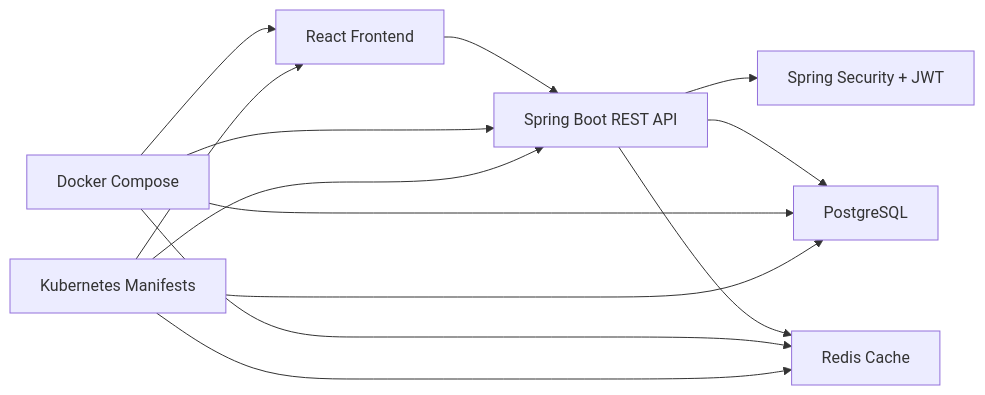
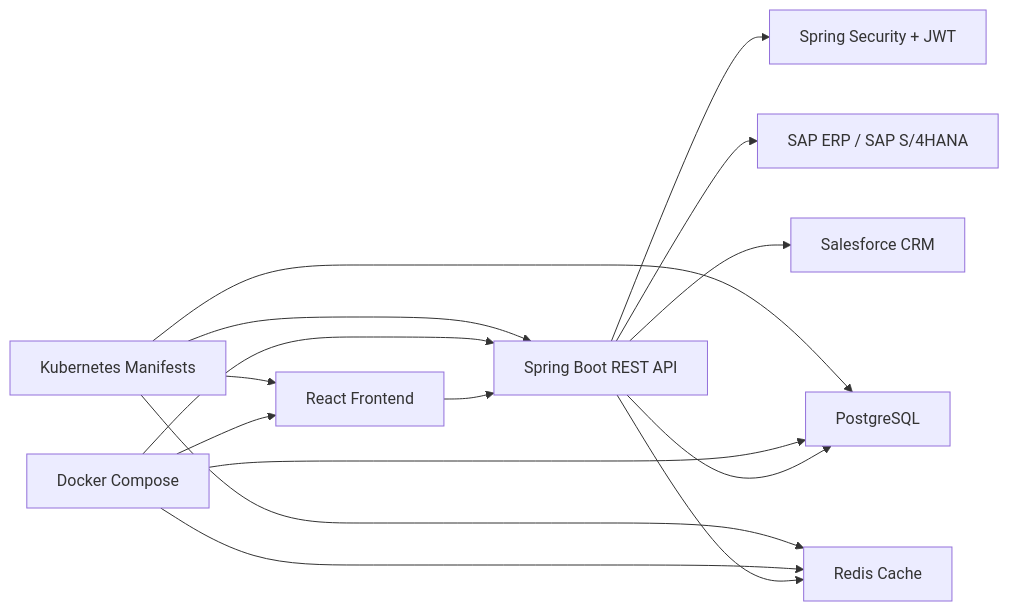
One commit to mihir252731/cloud-inventory-order-management changed the diagram in README.md. Above: the diagram before and after it, drawn with Mermaid. The commit also changed other lines of this file and 60 other files, not shown here.

Commit message:
Align project with enterprise SAP and Salesforce integration platform

````diff
--- a/README.md
+++ b/README.md
@@ -91,15 +108,17 @@
 ```mermaid
 flowchart LR
     UI["React Frontend"] --> API["Spring Boot REST API"]
     API --> SEC["Spring Security + JWT"]
     API --> DB["PostgreSQL"]
     API --> CACHE["Redis Cache"]
+    API --> SAP["SAP ERP / SAP S/4HANA"]
+    API --> SF["Salesforce CRM"]
     DEV["Docker Compose"] --> UI
     DEV --> API
     DEV --> DB
     DEV --> CACHE
     K8S["Kubernetes Manifests"] --> UI
     K8S --> API
     K8S --> DB
     K8S --> CACHE
 ```
````
